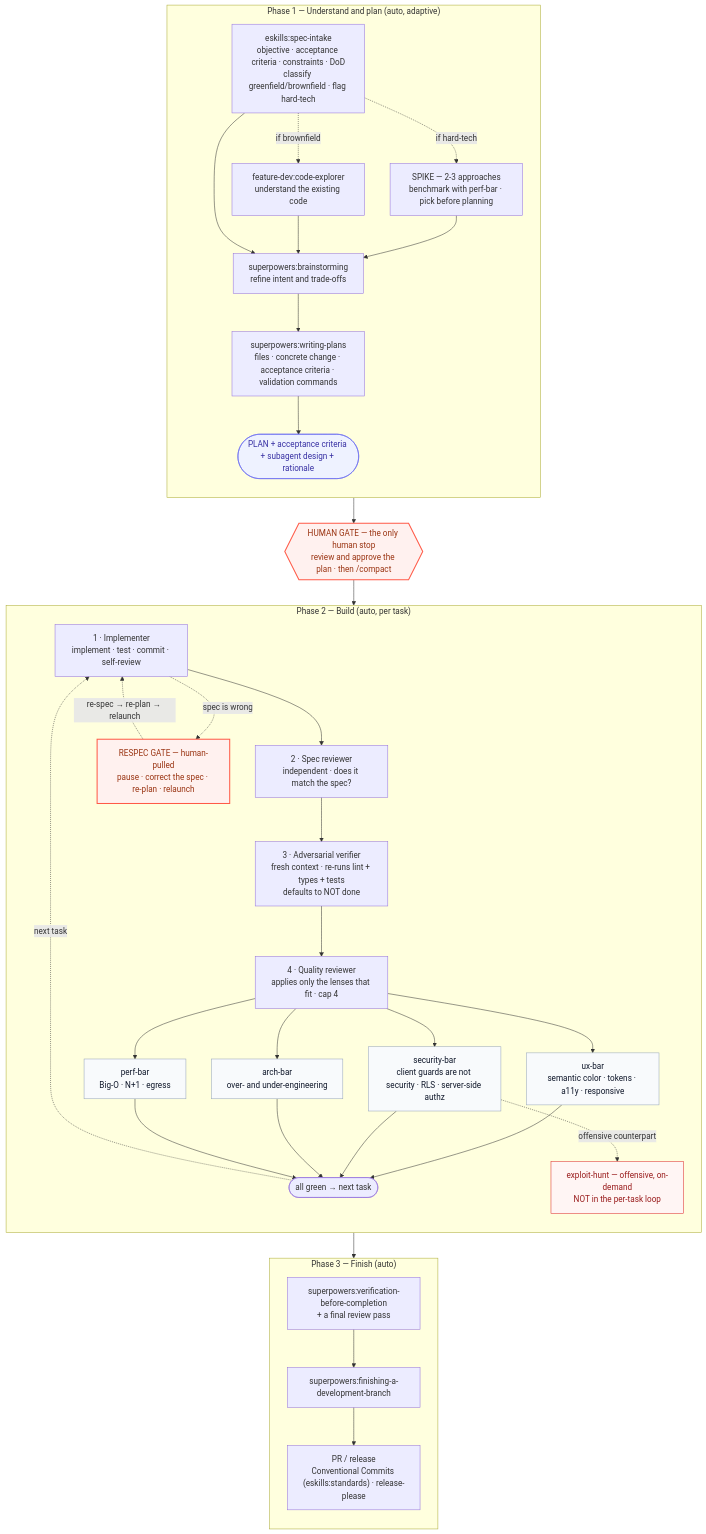
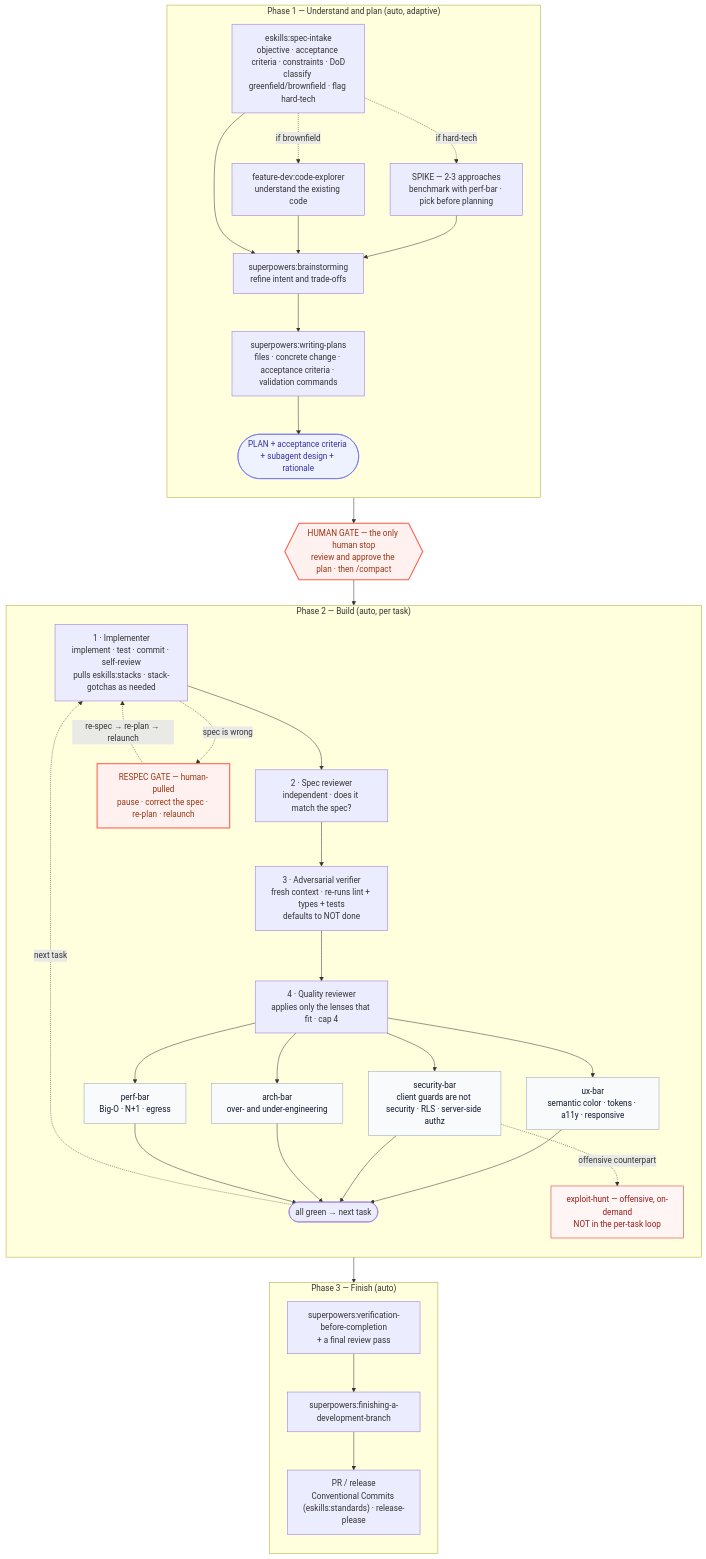
The diagram in README.md (Endika/eskills), drawn with Mermaid before and after one commit.

Commit message:
docs(readme): show stacks/stack-gotchas in the task-flow diagram

````diff
--- a/README.md
+++ b/README.md
@@ -76,69 +76,69 @@
 ```mermaid
 flowchart TD
   classDef gate fill:#FFF1EF,stroke:#FF5A47,stroke-width:2px,color:#9A3412
   classDef plan fill:#EEF2FF,stroke:#6366F1,color:#3730A3
   classDef lens fill:#F8FAFC,stroke:#94A3B8,color:#0F172A
   classDef offensive fill:#FFF5F4,stroke:#DC2626,color:#991B1B
 
   subgraph P1["Phase 1 — Understand and plan (auto, adaptive)"]
     direction TB
     SI["eskills:spec-intake<br/>objective · acceptance criteria · constraints · DoD<br/>classify greenfield/brownfield · flag hard-tech"]
     CE["feature-dev:code-explorer<br/>understand the existing code"]
     SP["SPIKE — 2-3 approaches<br/>benchmark with perf-bar · pick before planning"]
     BR["superpowers:brainstorming<br/>refine intent and trade-offs"]
     WP["superpowers:writing-plans<br/>files · concrete change · acceptance criteria · validation commands"]
     PLAN(["PLAN + acceptance criteria + subagent design + rationale"])
     SI -. if brownfield .-> CE
     SI -. if hard-tech .-> SP
     SI --> BR
     CE --> BR
     SP --> BR
     BR --> WP --> PLAN
   end
 
   PLAN --> GATE{{"HUMAN GATE — the only human stop<br/>review and approve the plan · then /compact"}}
   GATE --> IMP
 
   subgraph P2["Phase 2 — Build (auto, per task)"]
     direction TB
-    IMP["1 · Implementer<br/>implement · test · commit · self-review"]
+    IMP["1 · Implementer<br/>implement · test · commit · self-review<br/>pulls eskills:stacks · stack-gotchas as needed"]
     SR["2 · Spec reviewer<br/>independent · does it match the spec?"]
     AV["3 · Adversarial verifier<br/>fresh context · re-runs lint + types + tests<br/>defaults to NOT done"]
     QR["4 · Quality reviewer<br/>applies only the lenses that fit · cap 4"]
     UX["ux-bar<br/>semantic color · tokens · a11y · responsive"]
     SEC["security-bar<br/>client guards are not security · RLS · server-side authz"]
     ARCH["arch-bar<br/>over- and under-engineering"]
     PERF["perf-bar<br/>Big-O · N+1 · egress"]
     DONE(["all green → next task"])
     RESPEC["RESPEC GATE — human-pulled<br/>pause · correct the spec · re-plan · relaunch"]
     EH["exploit-hunt — offensive, on-demand<br/>NOT in the per-task loop"]
     IMP --> SR --> AV --> QR
     QR --> UX
     QR --> SEC
     QR --> ARCH
     QR --> PERF
     UX --> DONE
     SEC --> DONE
     ARCH --> DONE
     PERF --> DONE
     DONE -. next task .-> IMP
     IMP -. spec is wrong .-> RESPEC
     RESPEC -. re-spec → re-plan → relaunch .-> IMP
     SEC -. offensive counterpart .-> EH
   end
 
   DONE --> VBC
 
   subgraph P3["Phase 3 — Finish (auto)"]
     direction TB
     VBC["superpowers:verification-before-completion<br/>+ a final review pass"]
     FIN["superpowers:finishing-a-development-branch"]
     REL["PR / release<br/>Conventional Commits (eskills:standards) · release-please"]
     VBC --> FIN --> REL
   end
 
   class GATE,RESPEC gate
   class PLAN plan
   class UX,SEC,ARCH,PERF lens
   class EH offensive
 ```
````
